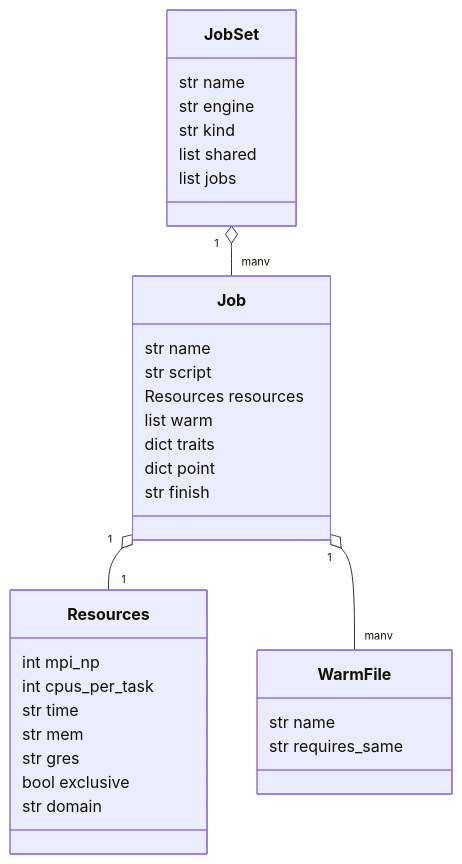
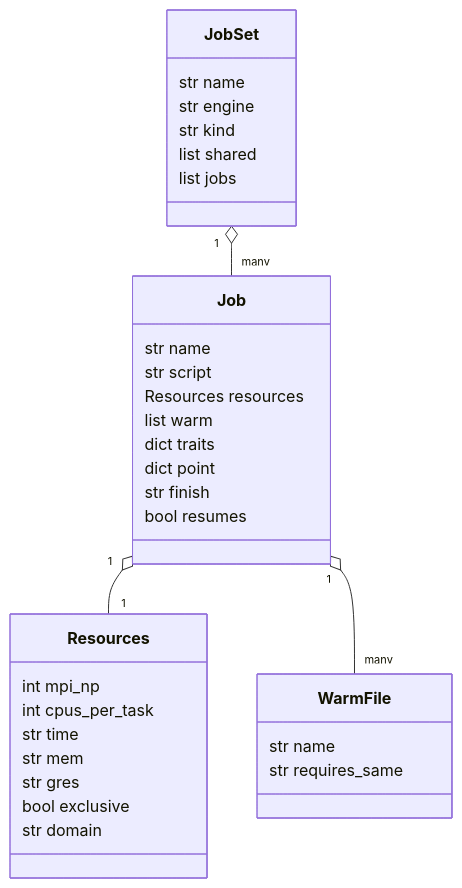
One commit to Qing-LAB/molbuilder changed the second of 10 diagrams in docs/execution/job-system.md. Above: the diagram before and after it, drawn with Mermaid. The commit also changed other lines of this file and 35 other files, not shown here.

````diff
--- a/docs/execution/job-system.md
+++ b/docs/execution/job-system.md
@@ -217,35 +217,36 @@
 ```mermaid
 classDiagram
     class JobSet {
       str name
       str engine
       str kind
       list shared
       list jobs
     }
     class Job {
       str name
       str script
       Resources resources
       list warm
       dict traits
       dict point
       str finish
+      bool resumes
     }
     class Resources {
       int mpi_np
       int cpus_per_task
       str time
       str mem
       str gres
       bool exclusive
       str domain
     }
     class WarmFile {
       str name
       str requires_same
     }
     JobSet "1" o-- "many" Job
     Job "1" o-- "1" Resources
     Job "1" o-- "many" WarmFile
 ```
````
